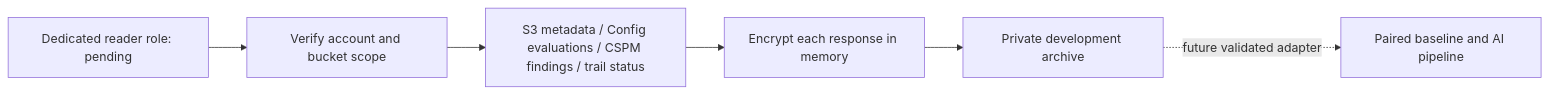
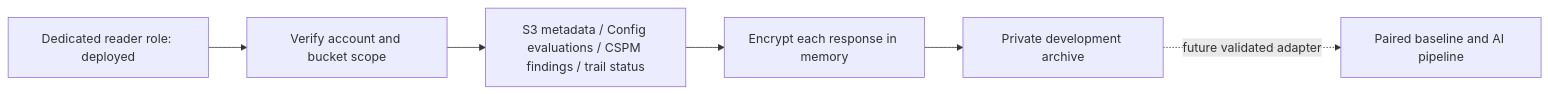
Before and after one commit to machine88/aws-ai-compliance-dissertation: the diagram in docs/read-only-collectors.md, drawn with Mermaid. The commit also changed other lines of this file and 8 other files, not shown here.

````diff
--- a/docs/read-only-collectors.md
+++ b/docs/read-only-collectors.md
@@ -5,8 +5,8 @@
 ```mermaid
 flowchart LR
-  A[Dedicated reader role: pending] --> B[Verify account and bucket scope]
+  A[Dedicated reader role: deployed] --> B[Verify account and bucket scope]
   B --> C[S3 metadata / Config evaluations / CSPM findings / trail status]
   C --> D[Encrypt each response in memory]
   D --> E[Private development archive]
   E -. future validated adapter .-> F[Paired baseline and AI pipeline]
 ```
````
